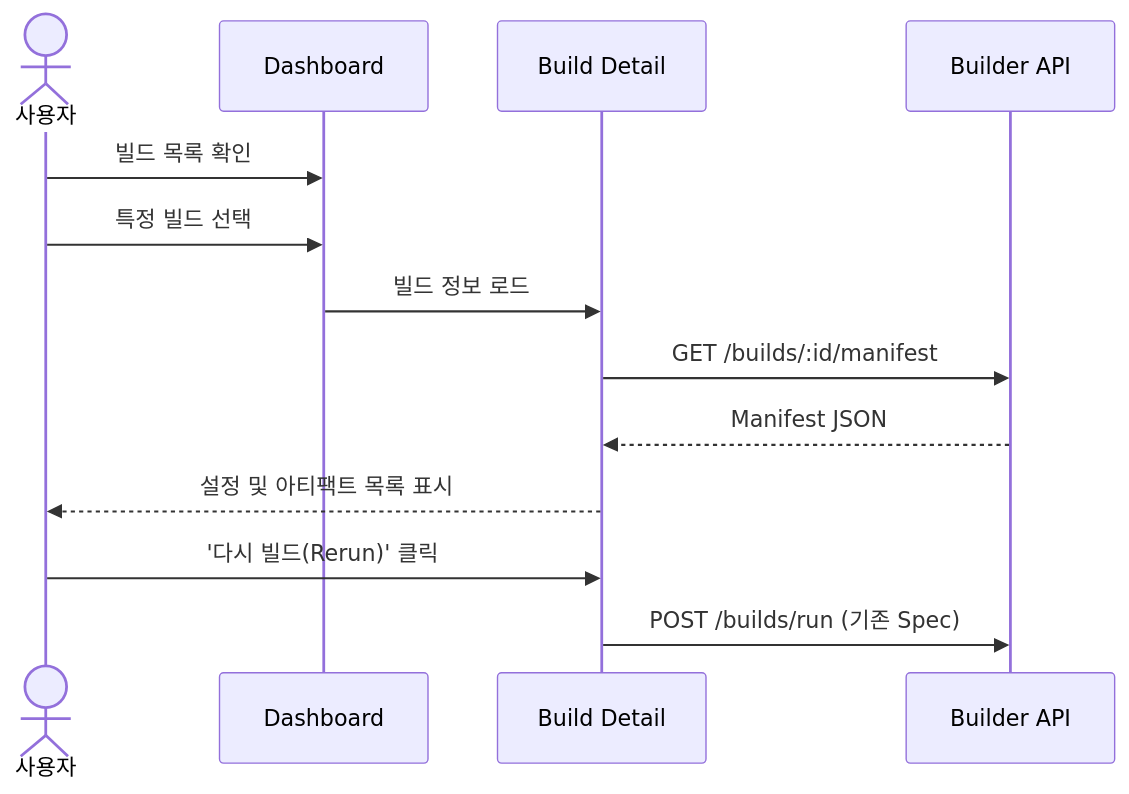
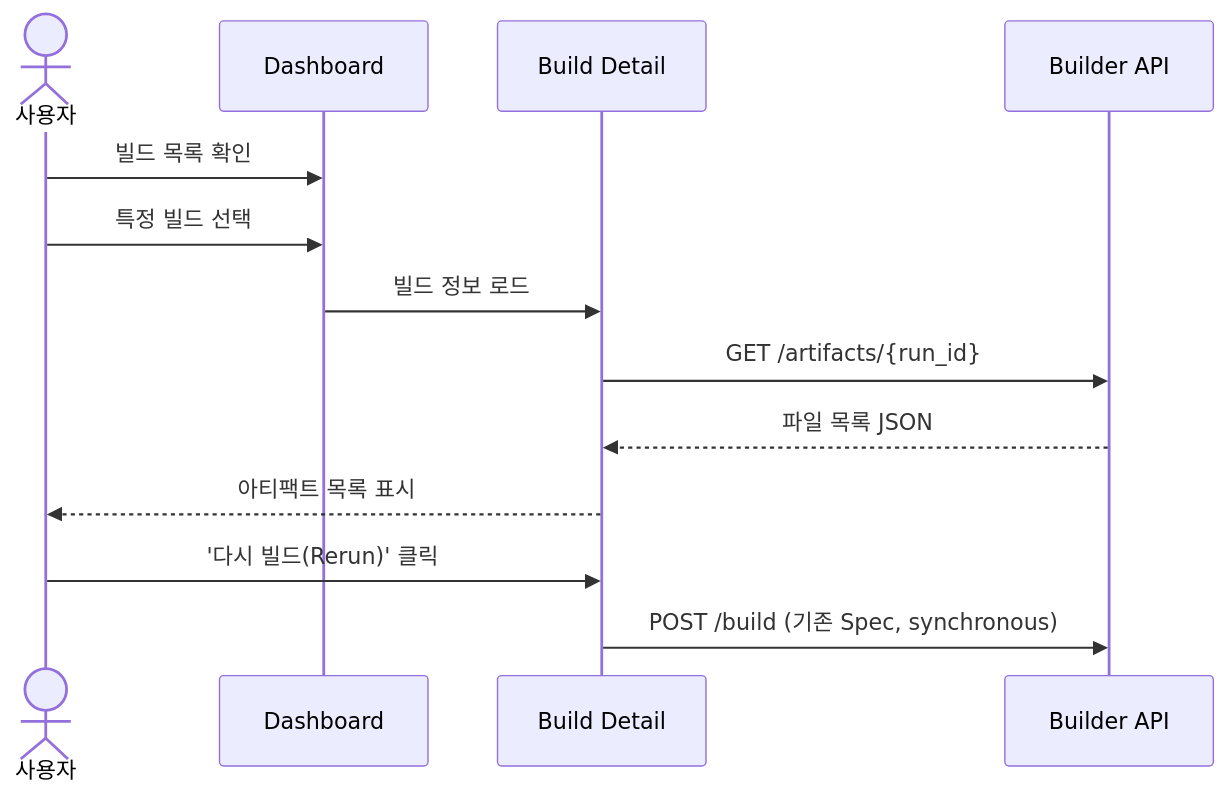
The second of 4 diagrams in USER_FLOWS.md (yeongseon/kpubdata-studio), drawn with Mermaid before and after one commit. The commit also changed other lines of this file and 4 other files, not shown here.

````diff
--- a/USER_FLOWS.md
+++ b/USER_FLOWS.md
@@ -53,16 +53,16 @@
 ```mermaid
 sequenceDiagram
     actor User as 사용자
     participant Dash as Dashboard
     participant Detail as Build Detail
     participant BAPI as Builder API
 
     User->>Dash: 빌드 목록 확인
     User->>Dash: 특정 빌드 선택
     Dash->>Detail: 빌드 정보 로드
-    Detail->>BAPI: GET /builds/:id/manifest
-    BAPI-->>Detail: Manifest JSON
-    Detail-->>User: 설정 및 아티팩트 목록 표시
+    Detail->>BAPI: GET /artifacts/{run_id}
+    BAPI-->>Detail: 파일 목록 JSON
+    Detail-->>User: 아티팩트 목록 표시
     User->>Detail: '다시 빌드(Rerun)' 클릭
-    Detail->>BAPI: POST /builds/run (기존 Spec)
+    Detail->>BAPI: POST /build (기존 Spec, synchronous)
 ```
````
